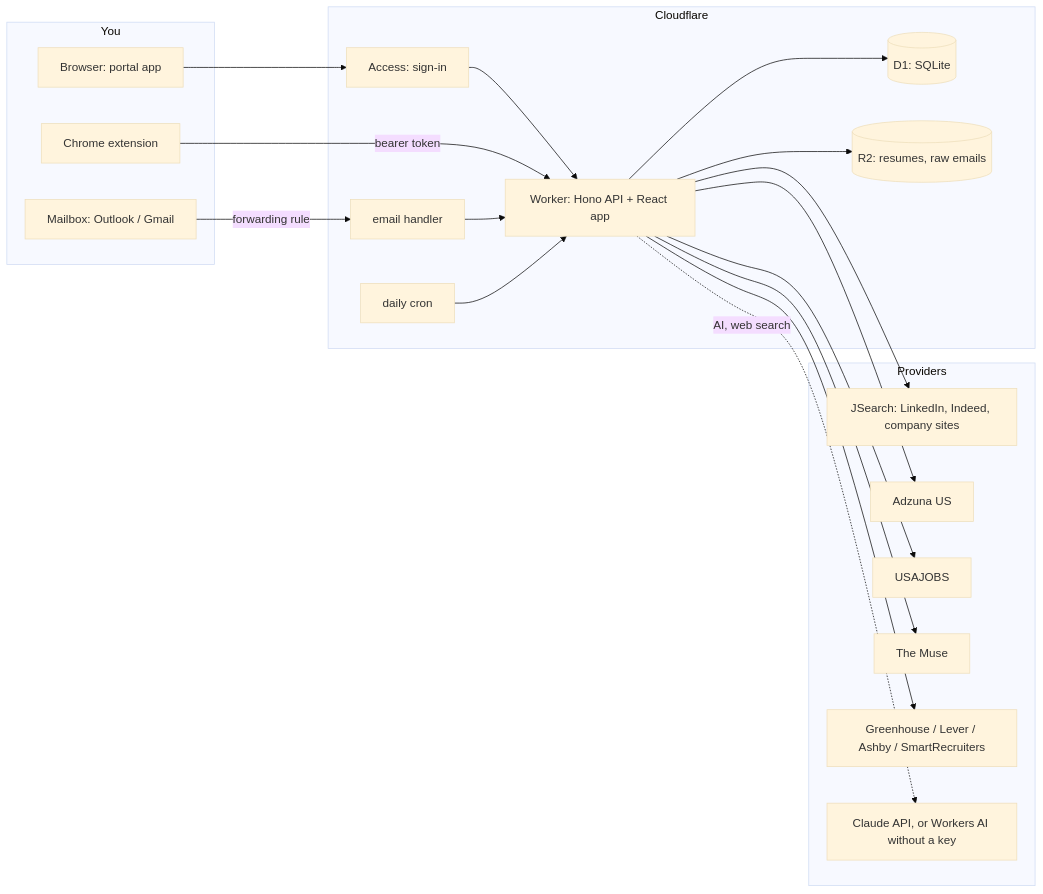
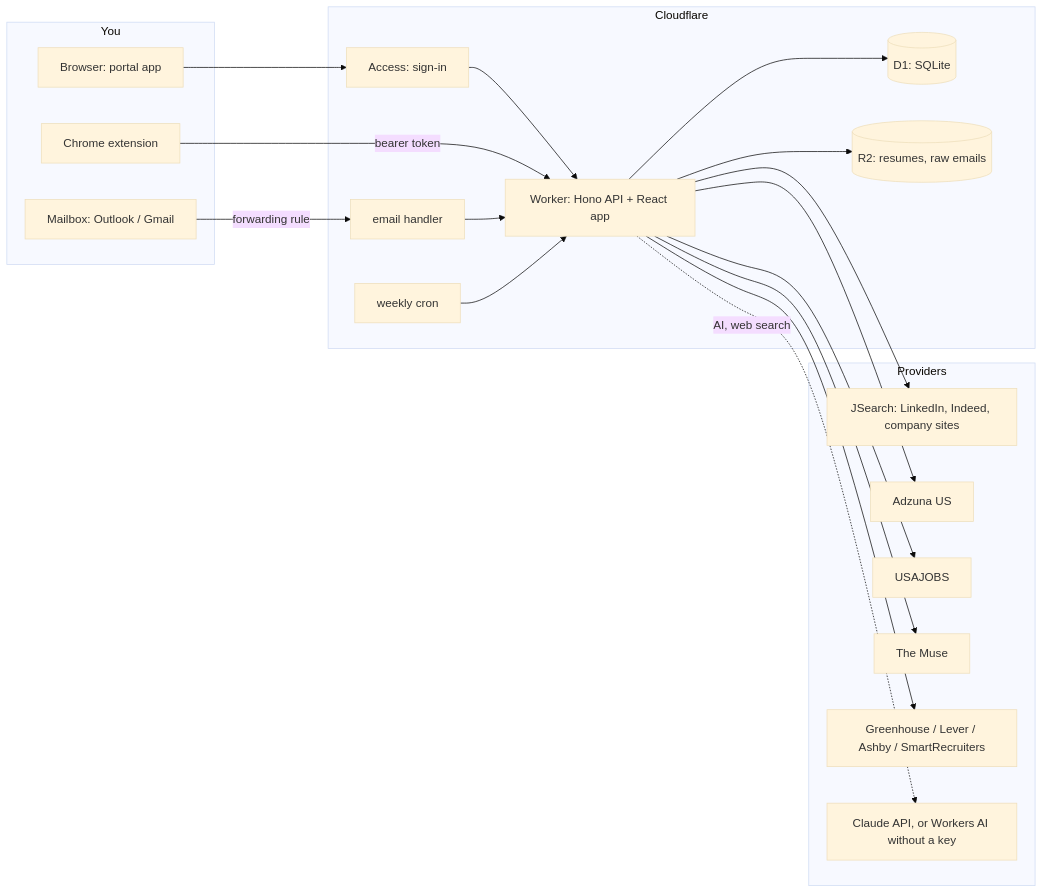
Before and after one commit to syl0523/resume-submission-portal: the first of 3 diagrams in docs/architecture.md, drawn with Mermaid (base theme). The commit also changed other lines of this file and 17 other files, not shown here.

First line of the commit message:
KAN-70: refresh weekly (Mondays 11:00 UTC) instead of daily

````diff
--- a/docs/architecture.md
+++ b/docs/architecture.md
@@ -31,33 +31,33 @@
 ```mermaid
 flowchart LR
   subgraph You
     B[Browser: portal app]
     X[Chrome extension]
     M[Mailbox: Outlook / Gmail]
   end
   subgraph Cloudflare
     A[Access: sign-in]
     W[Worker: Hono API + React app]
     E[email handler]
-    C[daily cron]
+    C[weekly cron]
     D[(D1: SQLite)]
     R[(R2: resumes, raw emails)]
   end
   subgraph Providers
     J[JSearch: LinkedIn, Indeed, company sites]
     Z[Adzuna US]
     U[USAJOBS]
     T[The Muse]
     G[Greenhouse / Lever / Ashby / SmartRecruiters]
     AI[Claude API, or Workers AI without a key]
   end
   B --> A --> W
   X -- bearer token --> W
   M -- forwarding rule --> E
   E --> W
   C --> W
   W --> D
   W --> R
   W --> J & Z & U & T & G
   W -. AI, web search .-> AI
 ```
````
